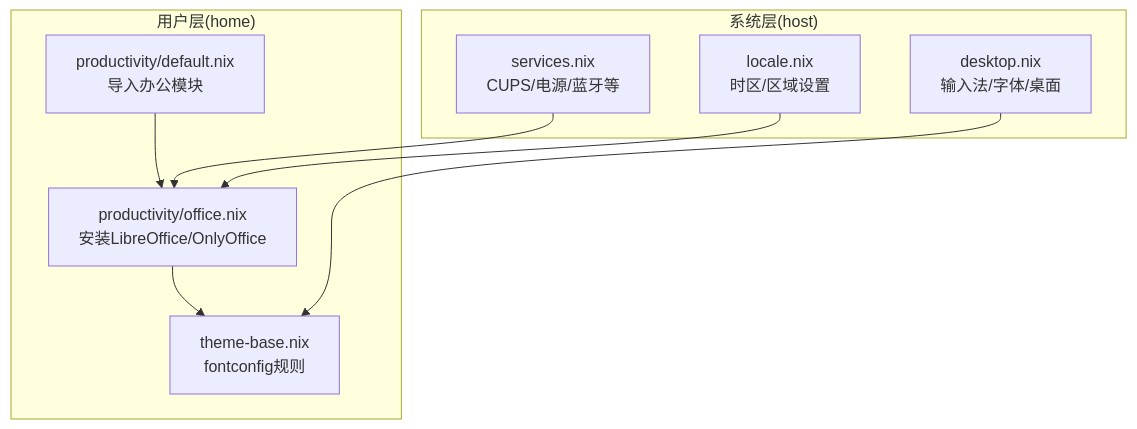
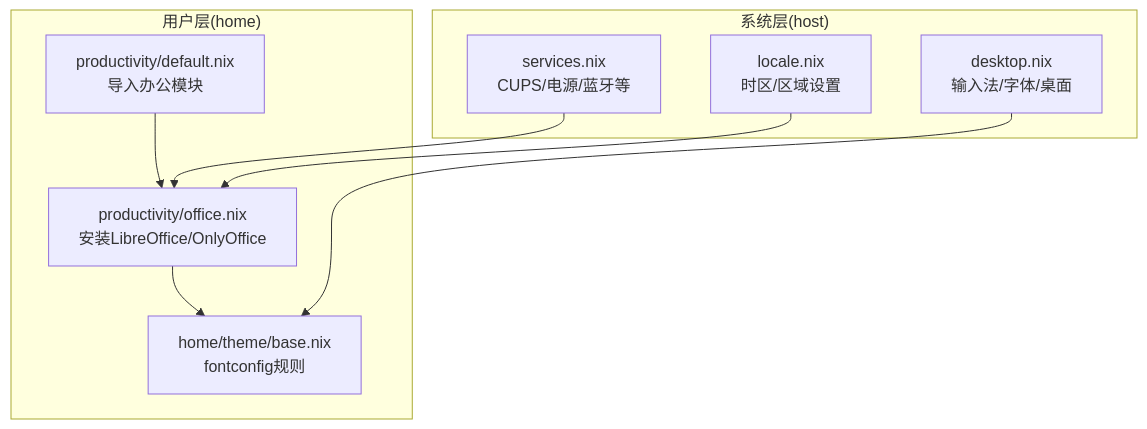
The first of 2 diagrams in wiki/productivity/office.md (Shangshui0302/myNixOSConfig), drawn with Mermaid before and after one commit. The commit also changed other lines of this file and 19 other files, not shown here.

````diff
--- a/wiki/productivity/office.md
+++ b/wiki/productivity/office.md
@@ -26,18 +26,18 @@
 ```mermaid
 graph TB
 subgraph "系统层(host)"
 S1["desktop.nix<br/>输入法/字体/桌面"]
 S2["services.nix<br/>CUPS/电源/蓝牙等"]
 S3["locale.nix<br/>时区/区域设置"]
 end
 subgraph "用户层(home)"
 U1["productivity/default.nix<br/>导入办公模块"]
 U2["productivity/office.nix<br/>安装LibreOffice/OnlyOffice"]
-U3["theme-base.nix<br/>fontconfig规则"]
+U3["home/theme/base.nix<br/>fontconfig规则"]
 end
 U1 --> U2
 U2 --> U3
 S1 --> U3
 S2 --> U2
 S3 --> U2
 ```
````
